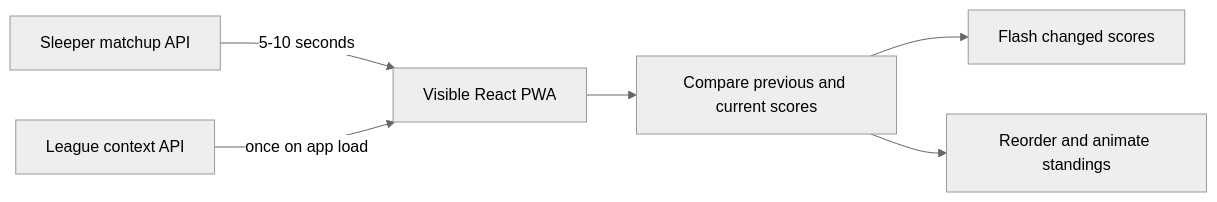
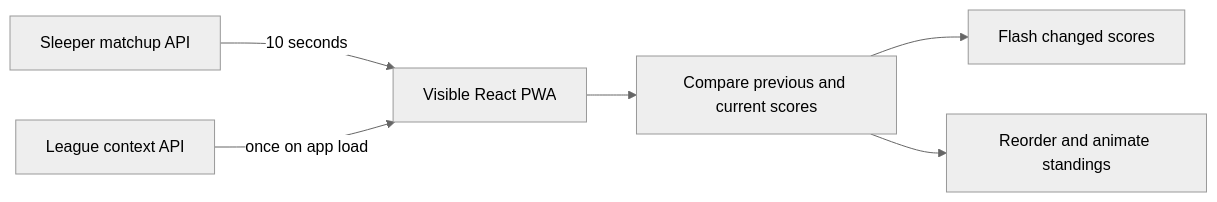
One commit to mikesebring1/ff-app changed the first of 3 diagrams in docs/architecture-plan.md. Above: the diagram before and after it, drawn with Mermaid (neutral theme). The commit also changed other lines of this file and 19 other files, not shown here.

````diff
--- a/docs/architecture-plan.md
+++ b/docs/architecture-plan.md
@@ -40,8 +40,8 @@
 ```mermaid
 flowchart LR
-    S[Sleeper matchup API] -->|5-10 seconds| P[Visible React PWA]
+    S[Sleeper matchup API] -->|10 seconds| P[Visible React PWA]
     C[League context API] -->|once on app load| P
     P --> D[Compare previous and current scores]
     D --> F[Flash changed scores]
     D --> R[Reorder and animate standings]
 ```
````
